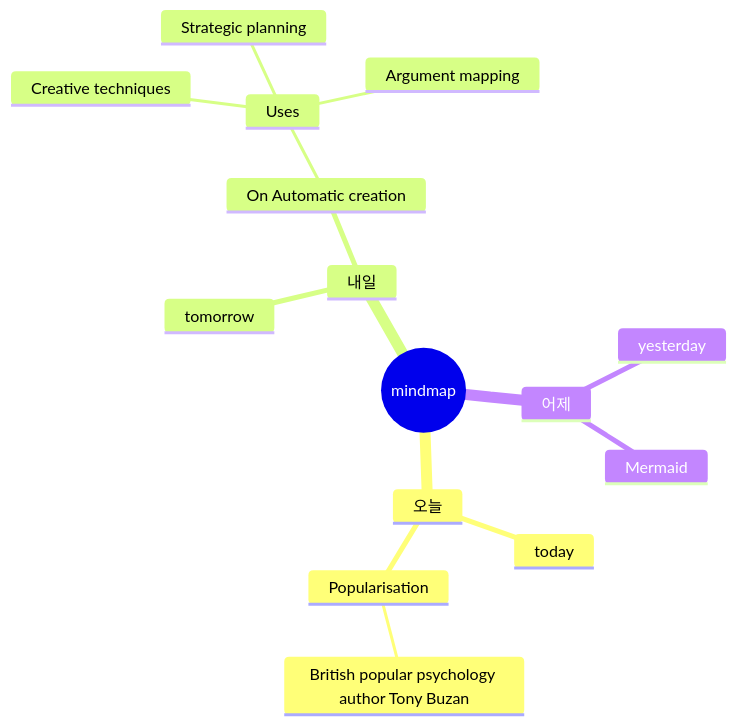
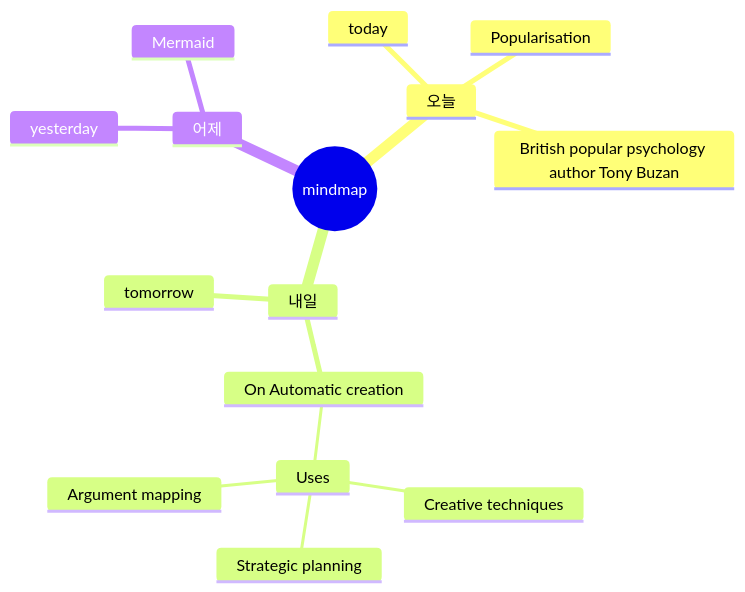
One commit to MiaHub/Korean changed the diagram in _posts/2020-04-02-example-content.md. Above: the diagram before and after it, drawn with Mermaid.

```diff
--- a/_posts/2020-04-02-example-content.md
+++ b/_posts/2020-04-02-example-content.md
@@ -11,19 +11,18 @@
 <pre class="mermaid">
 mindmap
   root((mindmap))
     오늘
       today
-      ::icon(fa fa-book)
       Popularisation
-        British popular psychology author Tony Buzan
+      British popular psychology author Tony Buzan
     내일
       tomorrow
       On Automatic creation
         Uses
             Creative techniques
             Strategic planning
             Argument mapping
     어제
       yesterday
       Mermaid
 </pre>
```
